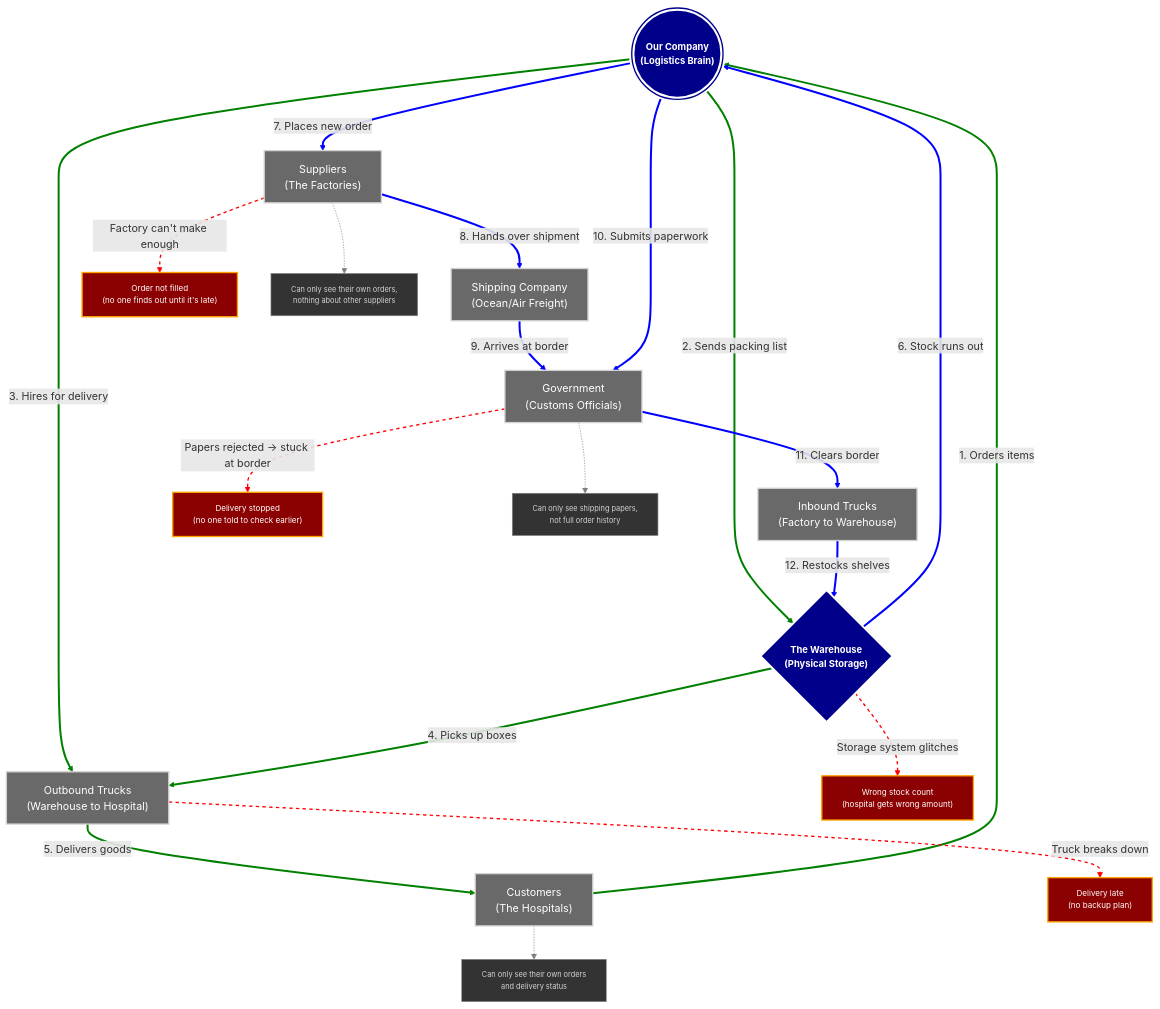
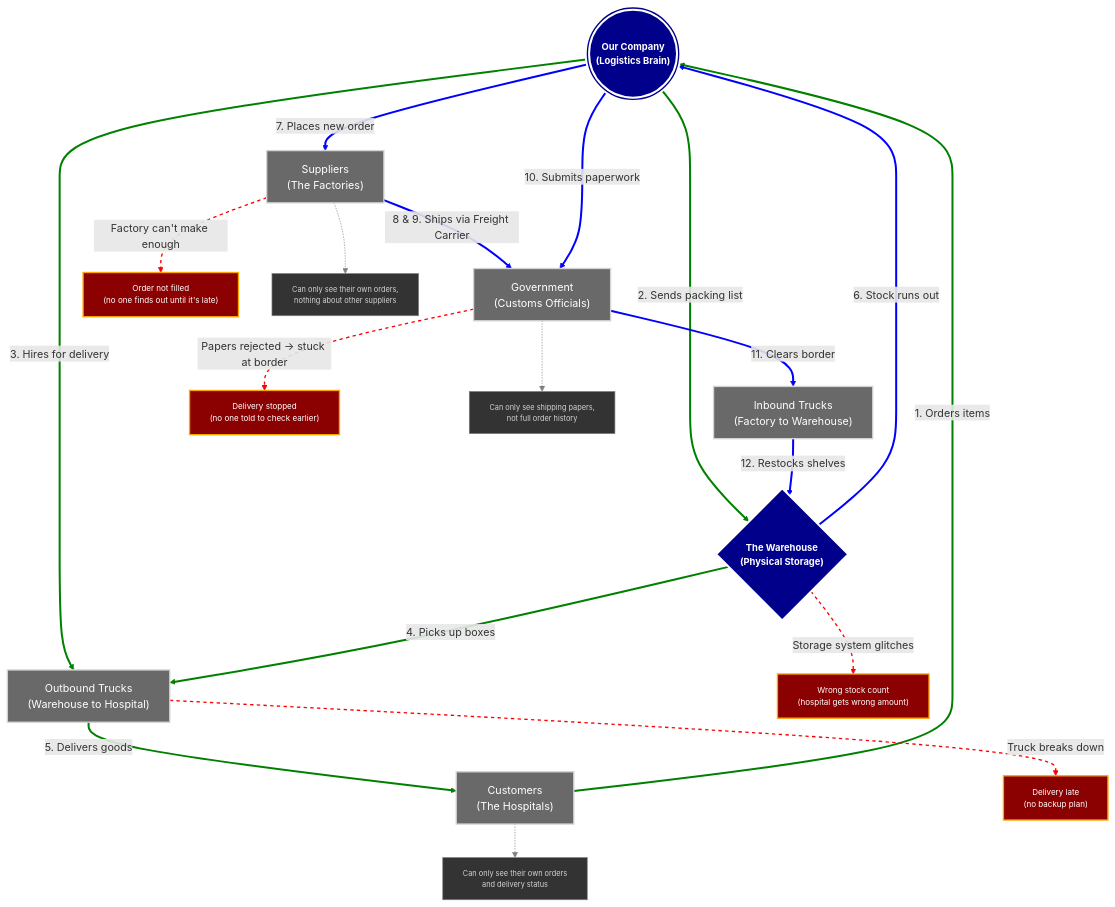
One commit to notlasandu/globaltrade-scm changed the diagram in planning/scm-concept-diagram.md. Above: the diagram before and after it, drawn with Mermaid. The commit also changed 11 other files, not shown here.

Commit message:
feat: Link SupplierOrder with Shipment, add LogisticsAuditInterceptor, and bridge with Automated Customs Timer

````diff
--- a/planning/scm-concept-diagram.md
+++ b/planning/scm-concept-diagram.md
@@ -1,56 +1,54 @@
 ```mermaid
 graph TD
     %% Styling
     classDef core fill:darkblue,stroke:white,stroke-width:3px,color:white,font-size:14px,font-weight:bold;
     classDef entity fill:dimgray,stroke:lightgray,stroke-width:2px,color:white;
     classDef problem fill:darkred,stroke:orange,stroke-width:2px,color:white,font-size:12px;
     classDef note fill:#333,stroke:gray,stroke-width:1px,color:lightgray,font-size:11px;
 
     %% 1. THE CENTER PIECES
     Company((("Our Company<br/>(Logistics Brain)"))):::core
     Warehouse{"The Warehouse<br/>(Physical Storage)"}:::core
 
     %% 2. THE PERIPHERAL ENTITIES
     Suppliers["Suppliers<br/>(The Factories)"]:::entity
     Customers["Customers<br/>(The Hospitals)"]:::entity
     Customs["Government<br/>(Customs Officials)"]:::entity
-    ShippingCompany["Shipping Company<br/>(Ocean/Air Freight)"]:::entity
     InboundCarriers["Inbound Trucks<br/>(Factory to Warehouse)"]:::entity
     OutboundCarriers["Outbound Trucks<br/>(Warehouse to Hospital)"]:::entity
 
     %% 3. OUTBOUND LOGISTICS (Green Arrows - Indices 0-4)
     Customers -->|"1. Orders items"| Company
     Company -->|"2. Sends packing list"| Warehouse
     Company -->|"3. Hires for delivery"| OutboundCarriers
     Warehouse -->|"4. Picks up boxes"| OutboundCarriers
     OutboundCarriers -->|"5. Delivers goods"| Customers
 
-    %% 4. INBOUND LOGISTICS (Blue Arrows - Indices 5-11)
+    %% 4. INBOUND LOGISTICS (Blue Arrows - Indices 5-10)
     Warehouse -->|"6. Stock runs out"| Company
     Company -->|"7. Places new order"| Suppliers
-    Suppliers -->|"8. Hands over shipment"| ShippingCompany
-    ShippingCompany -->|"9. Arrives at border"| Customs
+    Suppliers -->|"8 & 9. Ships via Freight Carrier"| Customs
     Company -->|"10. Submits paperwork"| Customs
     Customs -->|"11. Clears border"| InboundCarriers
     InboundCarriers -->|"12. Restocks shelves"| Warehouse
 
     %% 5. WHAT GOES WRONG (Red Arrows - the "oh no" paths)
     Customs -->|"Papers rejected -> stuck at border"| Problem1["Delivery stopped<br/>(no one told to check earlier)"]:::problem
     OutboundCarriers -->|"Truck breaks down"| Problem2["Delivery late<br/>(no backup plan)"]:::problem
     Suppliers -->|"Factory can't make enough"| Problem3["Order not filled<br/>(no one finds out until it's late)"]:::problem
     Warehouse -->|"Storage system glitches"| Problem4["Wrong stock count<br/>(hospital gets wrong amount)"]:::problem
 
     %% 6. WHO CAN SEE / TOUCH WHAT
     NoteSuppliers["Can only see their own orders,<br/>nothing about other suppliers"]:::note
     NoteCustoms["Can only see shipping papers,<br/>not full order history"]:::note
     NoteCustomers["Can only see their own orders<br/>and delivery status"]:::note
     Suppliers -.-> NoteSuppliers
     Customs -.-> NoteCustoms
     Customers -.-> NoteCustomers
 
     %% Apply Colors to Arrows
     linkStyle 0,1,2,3,4 stroke:green,stroke-width:3px;
-    linkStyle 5,6,7,8,9,10,11 stroke:blue,stroke-width:3px;
-    linkStyle 12,13,14,15 stroke:red,stroke-width:2px,stroke-dasharray: 5 5;
-    linkStyle 16,17,18 stroke:gray,stroke-width:1px,stroke-dasharray: 2 2;
+    linkStyle 5,6,7,8,9,10 stroke:blue,stroke-width:3px;
+    linkStyle 11,12,13,14 stroke:red,stroke-width:2px,stroke-dasharray: 5 5;
+    linkStyle 15,16,17 stroke:gray,stroke-width:1px,stroke-dasharray: 2 2;
 ```
````
